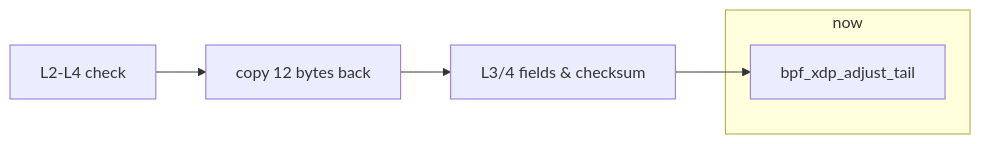
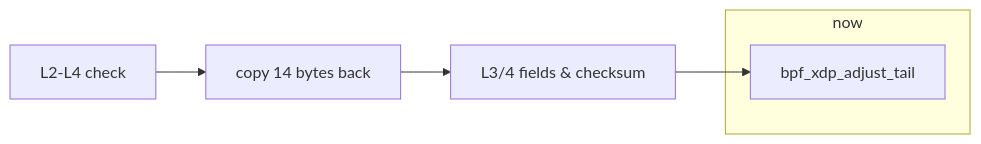
One commit to myl7/xdptun changed the tenth of 11 diagrams in docs/thesis/pre/slides.md. Above: the diagram before and after it, drawn with Mermaid. The commit also changed other lines of this file, not shown here.

````diff
--- a/docs/thesis/pre/slides.md
+++ b/docs/thesis/pre/slides.md
@@ -408,7 +408,7 @@
 ```mermaid
 flowchart LR
-  S1[L2-L4 check] --> S2[copy 12 bytes back] --> S3[L3/4 fields & checksum] --> S4[bpf_xdp_adjust_tail]
+  S1[L2-L4 check] --> S2[copy 14 bytes back] --> S3[L3/4 fields & checksum] --> S4[bpf_xdp_adjust_tail]
   subgraph now
     S4
   end
 ```
````
